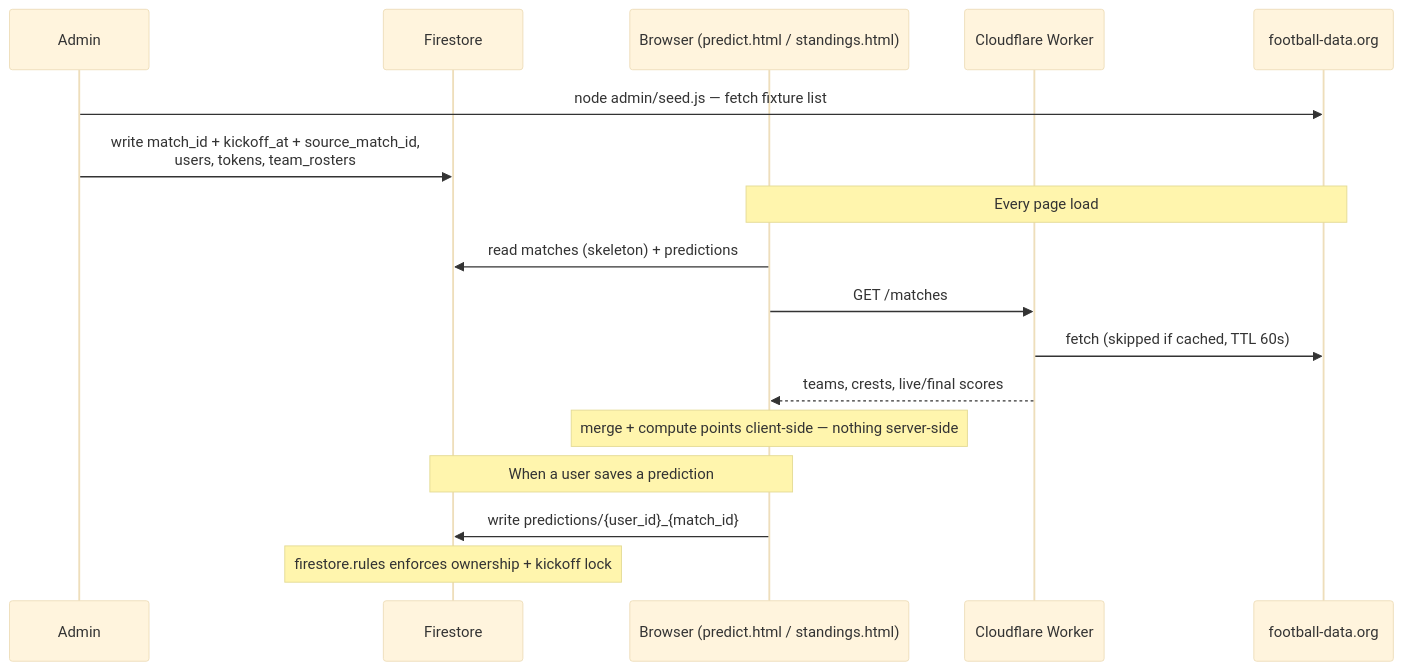
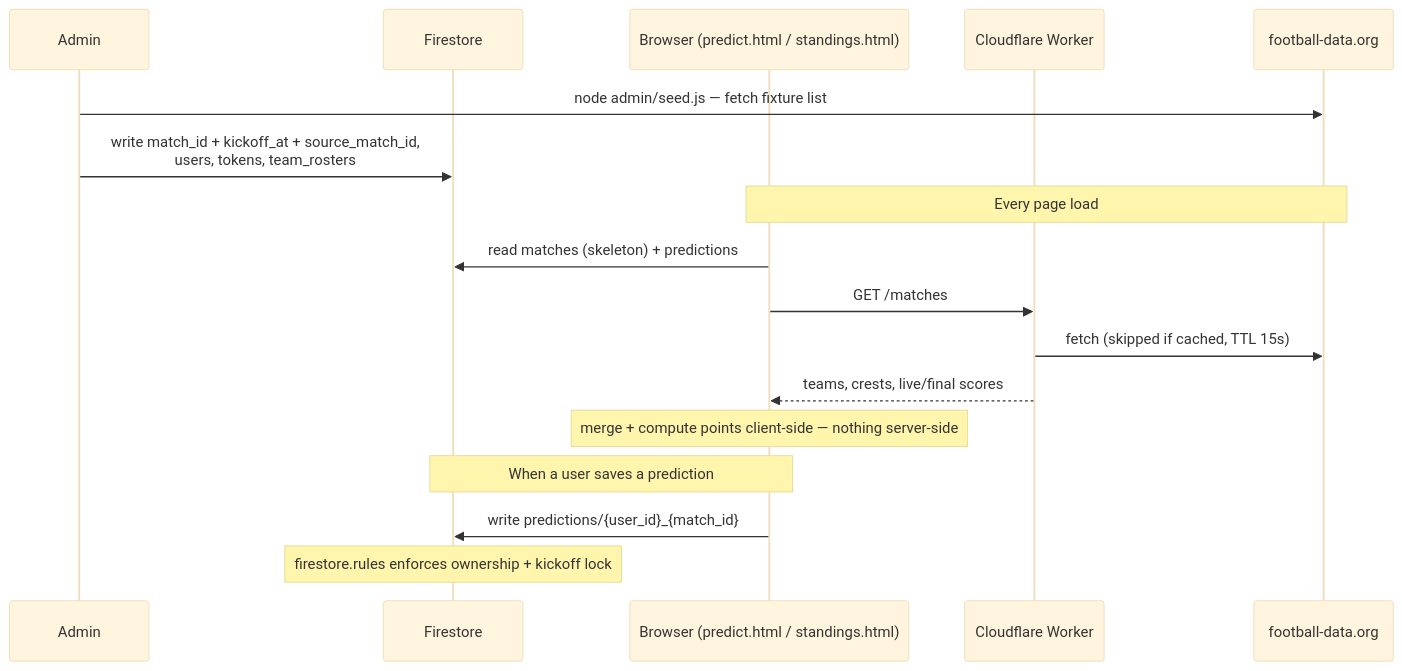
Before and after one commit to Johansmm/polla-futbolera: the diagram in README.md, drawn with Mermaid (base theme). The commit also changed other lines of this file and 2 other files, not shown here.

First line of the commit message:
perf: shorten the Worker's match cache TTL from 60s to 15s

````diff
--- a/README.md
+++ b/README.md
@@ -8,22 +8,22 @@
 ```mermaid
 sequenceDiagram
     participant Admin
     participant Firestore
     participant Client as Browser (predict.html / standings.html)
     participant Worker as Cloudflare Worker
     participant API as football-data.org
 
     Admin->>API: node admin/seed.js — fetch fixture list
     Admin->>Firestore: write match_id + kickoff_at + source_match_id,<br/>users, tokens, team_rosters
 
     Note over Client,API: Every page load
     Client->>Firestore: read matches (skeleton) + predictions
     Client->>Worker: GET /matches
-    Worker->>API: fetch (skipped if cached, TTL 60s)
+    Worker->>API: fetch (skipped if cached, TTL 15s)
     Worker-->>Client: teams, crests, live/final scores
     Note over Client: merge + compute points client-side — nothing server-side
 
     Note over Client,Firestore: When a user saves a prediction
     Client->>Firestore: write predictions/{user_id}_{match_id}
     Note over Firestore: firestore.rules enforces ownership + kickoff lock
 ```
````
